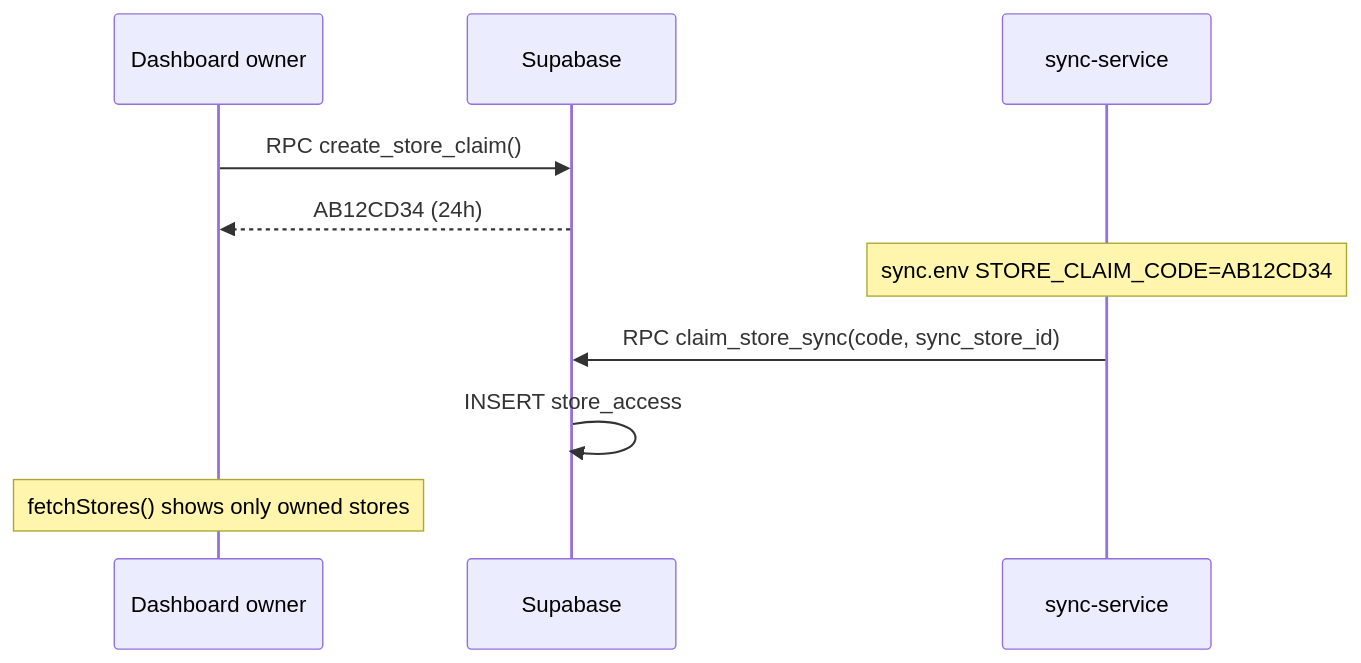
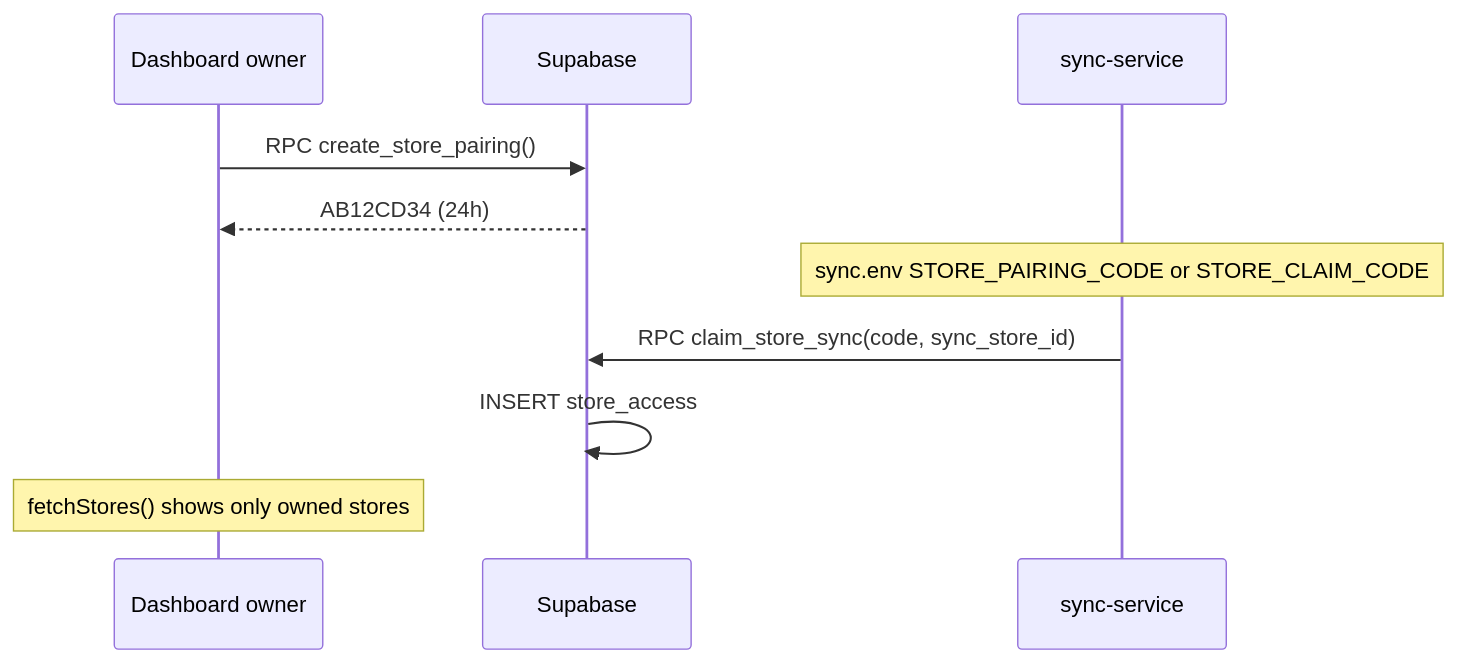
The diagram in docs/wiki/04-Multi-Tenant-Security.md (FortakenJay/ShelfPOS), drawn with Mermaid before and after one commit. The commit also changed other lines of this file and 79 other files, not shown here.

````diff
--- a/docs/wiki/04-Multi-Tenant-Security.md
+++ b/docs/wiki/04-Multi-Tenant-Security.md
@@ -42,13 +42,13 @@
 ```mermaid
 sequenceDiagram
   participant Owner as Dashboard owner
   participant SB as Supabase
   participant Sync as sync-service
 
-  Owner->>SB: RPC create_store_claim()
+  Owner->>SB: RPC create_store_pairing()
   SB-->>Owner: AB12CD34 (24h)
-  Note over Sync: sync.env STORE_CLAIM_CODE=AB12CD34
+  Note over Sync: sync.env STORE_PAIRING_CODE or STORE_CLAIM_CODE
   Sync->>SB: RPC claim_store_sync(code, sync_store_id)
   SB->>SB: INSERT store_access
   Note over Owner: fetchStores() shows only owned stores
 ```
````
